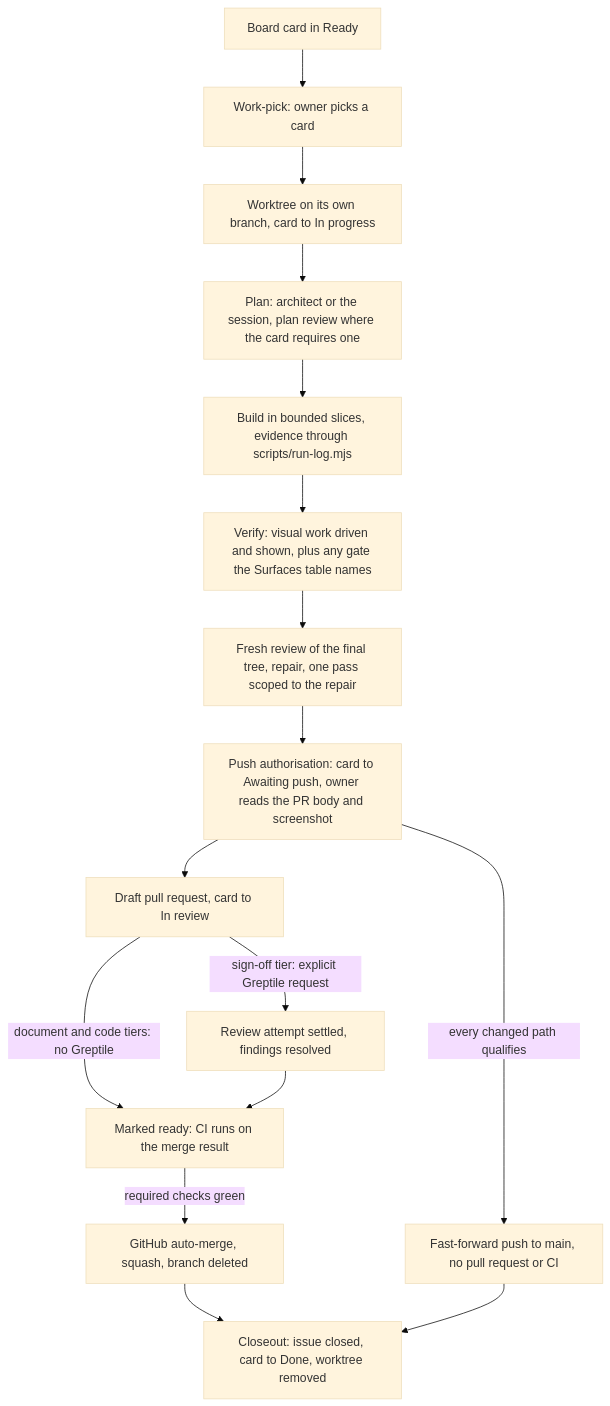
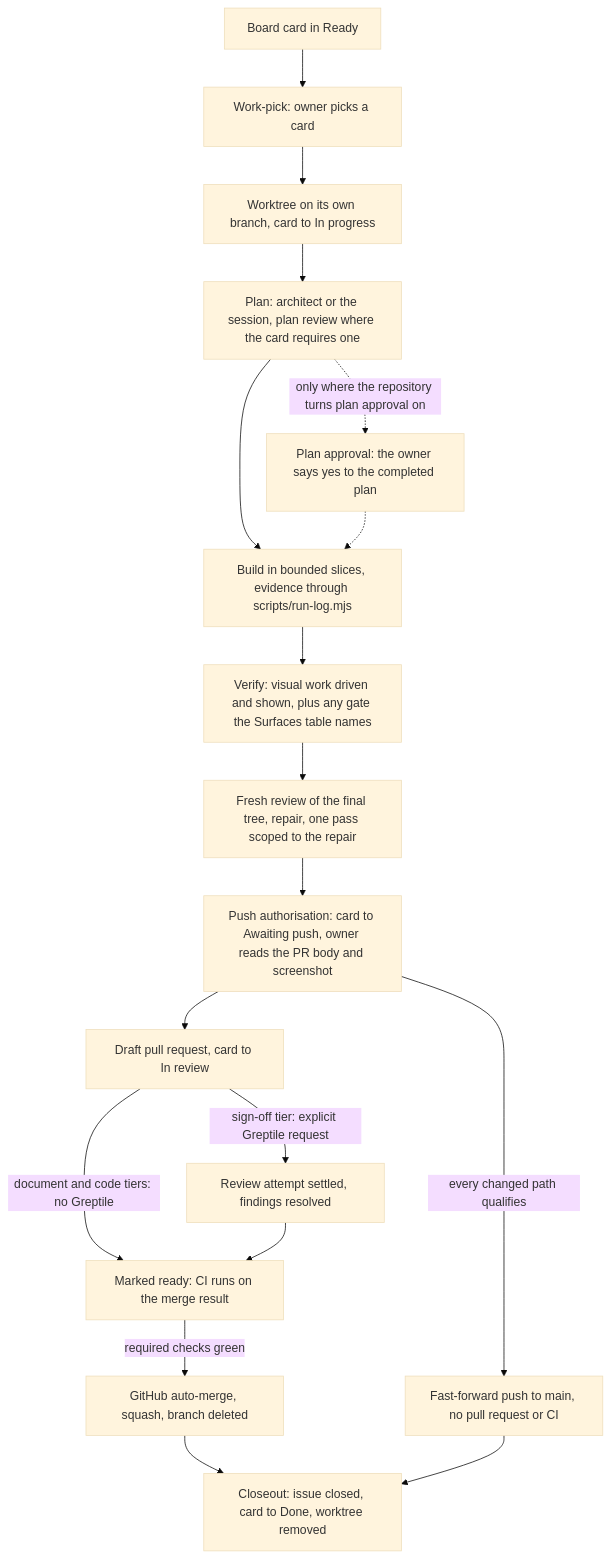
One commit to zaingulel/RentCottage changed the diagram in docs/AI-WORKFLOW-job.md. Above: the diagram before and after it, drawn with Mermaid (base theme). The commit also changed other lines of this file and 17 other files, not shown here.

````diff
--- a/docs/AI-WORKFLOW-job.md
+++ b/docs/AI-WORKFLOW-job.md
@@ -23,18 +23,20 @@
 ```mermaid
 flowchart TD
     C[Board card in Ready] --> WP[Work-pick: owner picks a card]
     WP --> WT[Worktree on its own branch, card to In progress]
     WT --> PL[Plan: architect or the session, plan review where the card requires one]
     PL --> BD[Build in bounded slices, evidence through scripts/run-log.mjs]
+    PL -.->|only where the repository turns plan approval on| AP[Plan approval: the owner says yes to the completed plan]
+    AP -.-> BD
     BD --> VR[Verify: visual work driven and shown, plus any gate the Surfaces table names]
     VR --> RV[Fresh review of the final tree, repair, one pass scoped to the repair]
     RV --> PA[Push authorisation: card to Awaiting push, owner reads the PR body and screenshot]
     PA --> DR[Draft pull request, card to In review]
     PA -->|every changed path qualifies| FF[Fast-forward push to main, no pull request or CI]
     DR -->|document and code tiers: no Greptile| RD[Marked ready: CI runs on the merge result]
     DR -->|sign-off tier: explicit Greptile request| GR[Review attempt settled, findings resolved]
     GR --> RD
     RD -->|required checks green| MG[GitHub auto-merge, squash, branch deleted]
     MG --> CO[Closeout: issue closed, card to Done, worktree removed]
     FF --> CO
 ```
````
